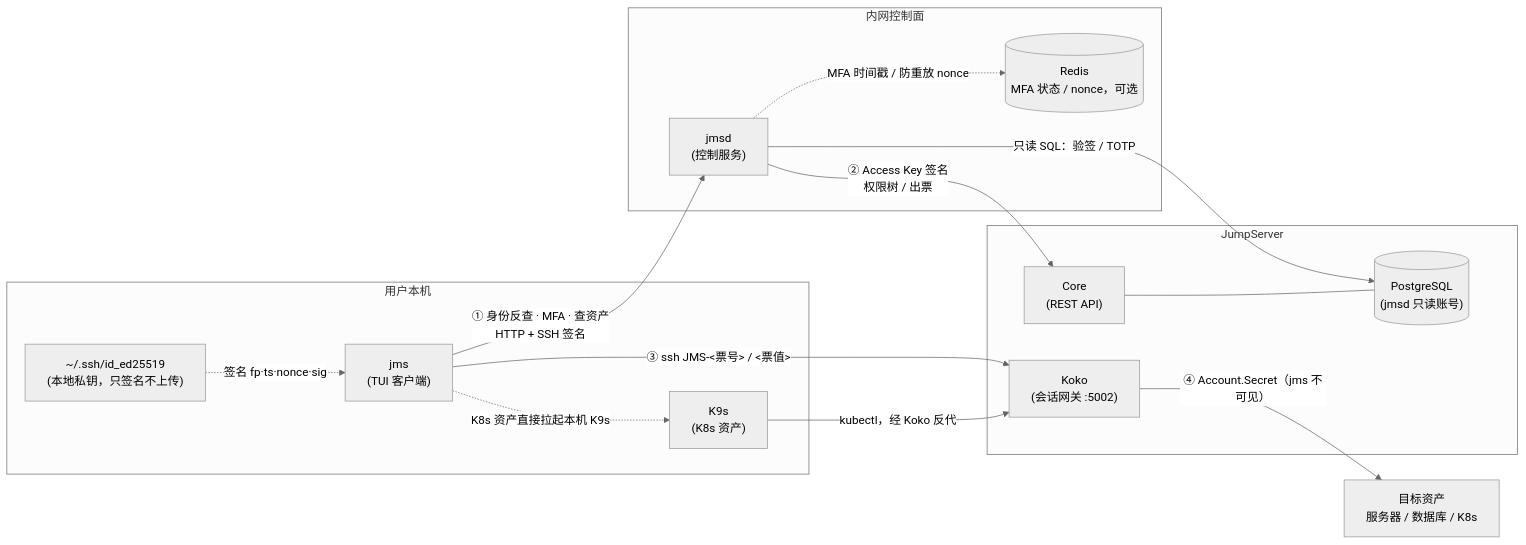
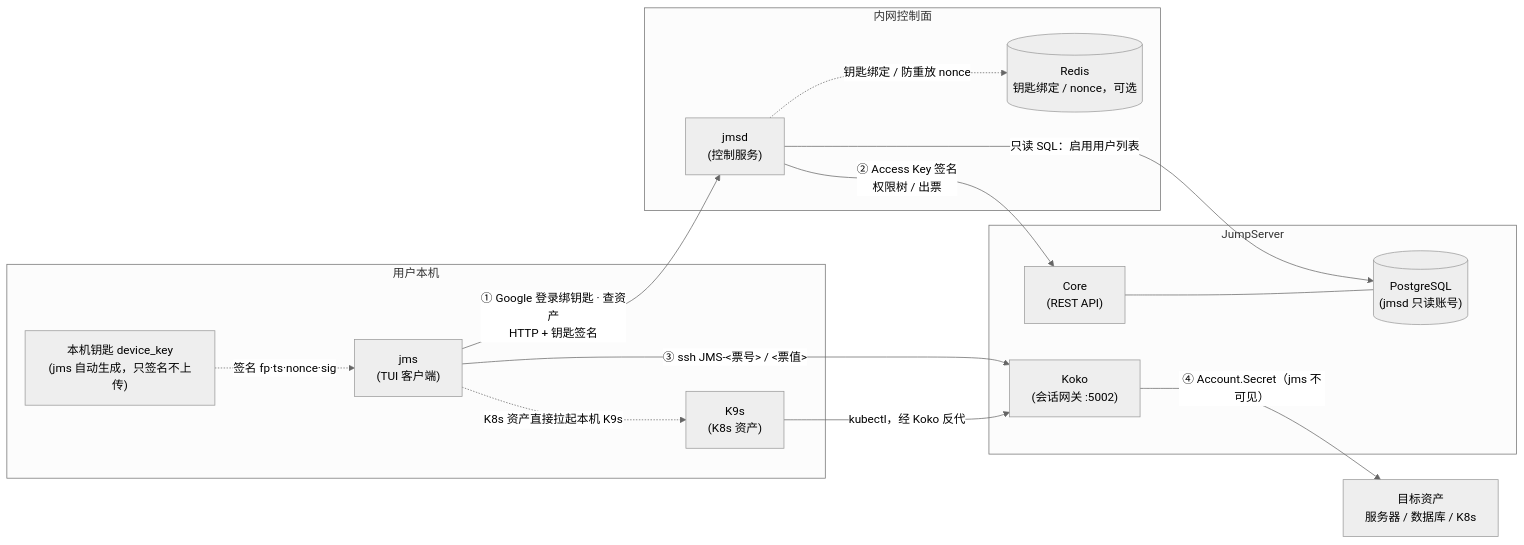
Before and after one commit to ox-warrior/jms: the diagram in README.md, drawn with Mermaid (neutral theme). The commit also changed other lines of this file and 76 other files, not shown here.

First line of the commit message:
feat: 0.4.0——Google 登录取代 SSH Key/TOTP，AI 远程执行与只读查库，审计入 ES，强制更新

````diff
--- a/README.md
+++ b/README.md
@@ -15,32 +15,32 @@
 ```mermaid
 flowchart LR
     subgraph client["用户本机"]
-        key["~/.ssh/id_ed25519\n(本地私钥，只签名不上传)"]
+        key["本机钥匙 device_key\n(jms 自动生成，只签名不上传)"]
         jms["jms\n(TUI 客户端)"]
         k9s["K9s\n(K8s 资产)"]
     end
 
     subgraph ctrl["内网控制面"]
         jmsd["jmsd\n(控制服务)"]
-        redis[("Redis\nMFA 状态 / nonce，可选")]
+        redis[("Redis\n钥匙绑定 / nonce，可选")]
     end
 
     subgraph js["JumpServer"]
         core["Core\n(REST API)"]
         pg[("PostgreSQL\n(jmsd 只读账号)")]
         koko["Koko\n(会话网关 :5002)"]
     end
 
     target["目标资产\n服务器 / 数据库 / K8s"]
 
     key -.签名 fp·ts·nonce·sig.-> jms
-    jms -- "① 身份反查 · MFA · 查资产\nHTTP + SSH 签名" --> jmsd
-    jmsd -- "只读 SQL：验签 / TOTP" --> pg
-    jmsd -. "MFA 时间戳 / 防重放 nonce" .-> redis
+    jms -- "① Google 登录绑钥匙 · 查资产\nHTTP + 钥匙签名" --> jmsd
+    jmsd -- "只读 SQL：启用用户列表" --> pg
+    jmsd -. "钥匙绑定 / 防重放 nonce" .-> redis
     jmsd -- "② Access Key 签名\n权限树 / 出票" --> core
     core --- pg
     jms -- "③ ssh JMS-<票号> / <票值>" --> koko
     koko -- "④ Account.Secret（jms 不可见）" --> target
     jms -. "K8s 资产直接拉起本机 K9s" .-> k9s
     k9s -- "kubectl，经 Koko 反代" --> koko
 ```
````
